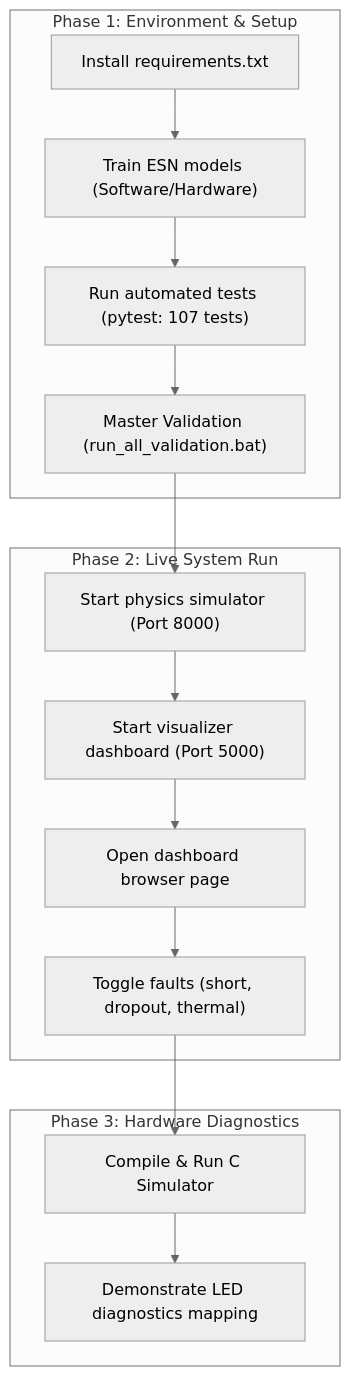
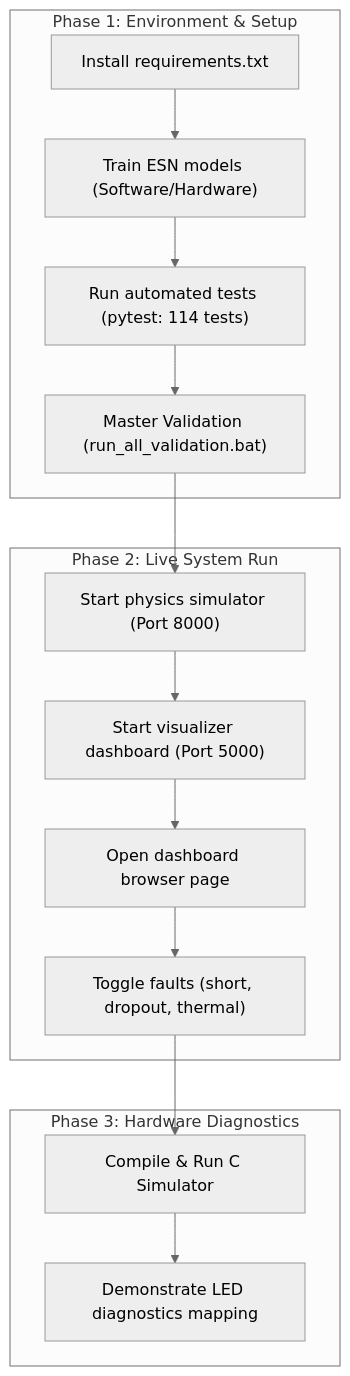
One commit to tanish-jain-225/Battery_State_Estimator_BE_Project_2026_2027 changed the diagram in docs/Resources/DEMO_CHECKLIST.md. Above: the diagram before and after it, drawn with Mermaid (neutral theme). The commit also changed 81 other files, not shown here.

````diff
--- a/docs/Resources/DEMO_CHECKLIST.md
+++ b/docs/Resources/DEMO_CHECKLIST.md
@@ -15,31 +15,31 @@
 ```mermaid
 flowchart TD
     subgraph Phase 1: Environment & Setup
         Setup_1["Install requirements.txt"]
         Setup_2["Train ESN models (Software/Hardware)"]
-        Setup_3["Run automated tests (pytest: 107 tests)"]
+        Setup_3["Run automated tests (pytest: 114 tests)"]
         Setup_4["Master Validation (run_all_validation.bat)"]
         Setup_1 --> Setup_2
         Setup_2 --> Setup_3
         Setup_3 --> Setup_4
     end
 
     subgraph Phase 2: Live System Run
         Run_1["Start physics simulator (Port 8000)"]
         Run_2["Start visualizer dashboard (Port 5000)"]
         Run_3["Open dashboard browser page"]
         Run_4["Toggle faults (short, dropout, thermal)"]
         Run_1 --> Run_2
         Run_2 --> Run_3
         Run_3 --> Run_4
     end
 
     subgraph Phase 3: Hardware Diagnostics
         HW_1["Compile & Run C Simulator"]
         HW_2["Demonstrate LED diagnostics mapping"]
         HW_1 --> HW_2
     end
 
     Setup_4 --> Run_1
     Run_4 --> HW_1
 ```
````
